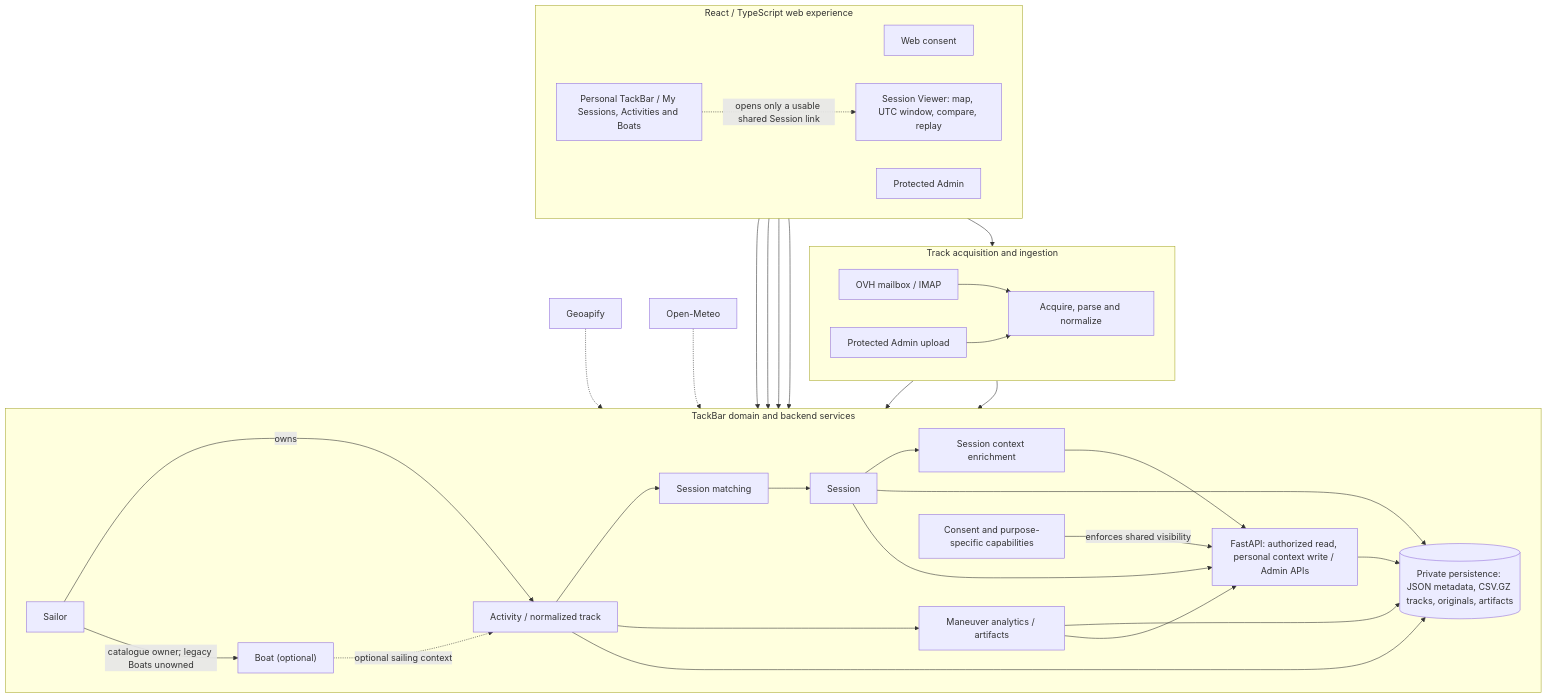
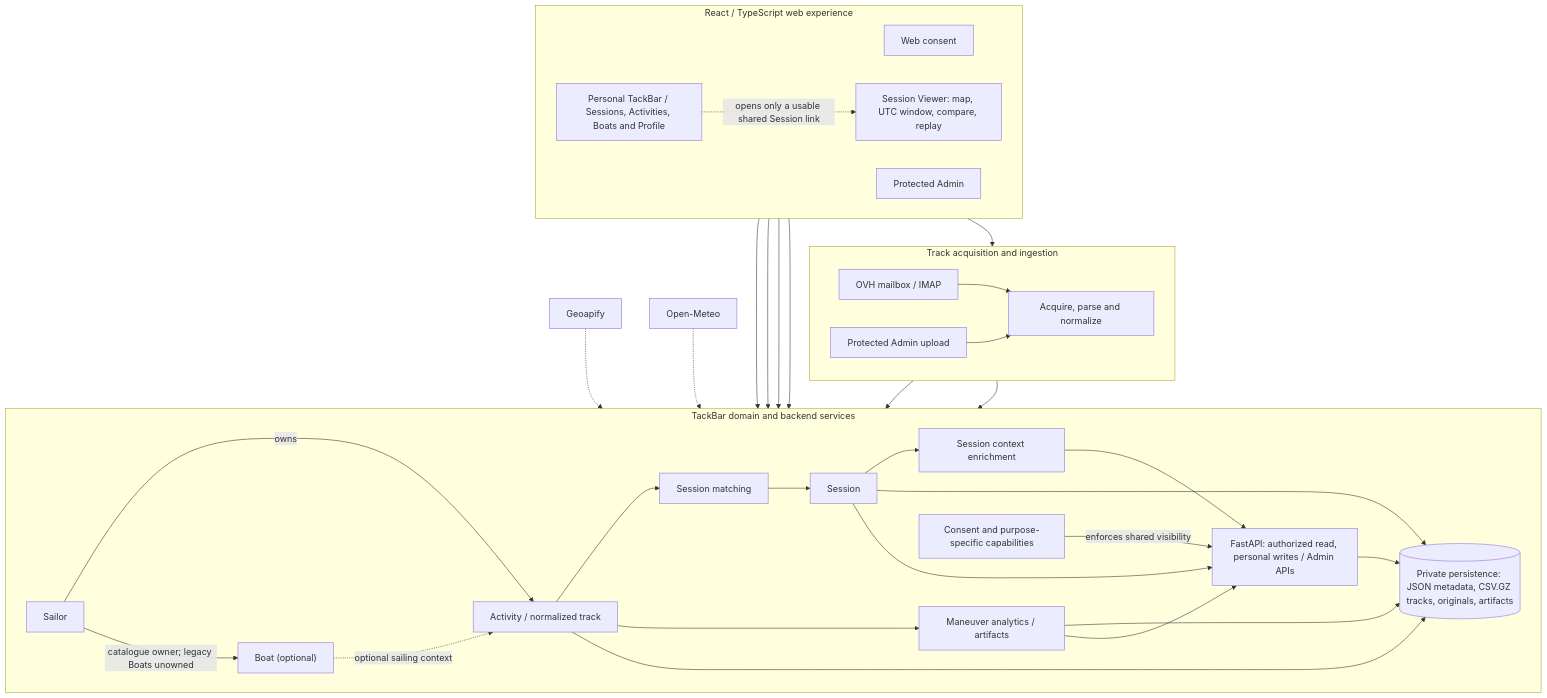
One commit to maxsail-project/tackbar changed the diagram in docs/current/solution-overview.md. Above: the diagram before and after it, drawn with Mermaid. The commit also changed other lines of this file and 7 other files, not shown here.

````diff
--- a/docs/current/solution-overview.md
+++ b/docs/current/solution-overview.md
@@ -18,60 +18,60 @@
 ```mermaid
 flowchart TB
   subgraph ACQUISITION["Track acquisition and ingestion"]
     direction LR
     OVH["OVH mailbox / IMAP"]
     UPLOAD["Protected Admin upload"]
     PIPE["Acquire, parse and normalize"]
     OVH --> PIPE
     UPLOAD --> PIPE
   end
 
   subgraph CORE["TackBar domain and backend services"]
     direction LR
     SAILOR["Sailor"]
     BOAT["Boat (optional)"]
     ACT["Activity / normalized track"]
     MATCH["Session matching"]
     SES["Session"]
     ANALYTICS["Maneuver analytics / artifacts"]
     CONTEXT["Session context enrichment"]
     ACCESS["Consent and purpose-specific capabilities"]
-    API["FastAPI: authorized read, personal context write / Admin APIs"]
+    API["FastAPI: authorized read, personal writes / Admin APIs"]
     STORE[("Private persistence: JSON metadata, CSV.GZ tracks, originals, artifacts")]
 
     SAILOR -->|"owns"| ACT
     SAILOR -->|"catalogue owner; legacy Boats unowned"| BOAT
     BOAT -.->|"optional sailing context"| ACT
     ACT --> MATCH --> SES
     ACT --> ANALYTICS
     SES --> CONTEXT
     ACT --> STORE
     SES --> STORE
     ANALYTICS --> STORE
     ACCESS -->|"enforces shared visibility"| API
     SES --> API
     ANALYTICS --> API
     CONTEXT --> API
     API --> STORE
   end
 
   subgraph WEB["React / TypeScript web experience"]
     direction LR
     CONSENT["Web consent"]
-    PERSONAL["Personal TackBar / My Sessions, Activities and Boats"]
+    PERSONAL["Personal TackBar / Sessions, Activities, Boats and Profile"]
     VIEWER["Session Viewer: map, UTC window, compare, replay"]
     ADMIN["Protected Admin"]
   end
 
   PIPE --> ACT
   PIPE --> STORE
   CONSENT --> ACCESS
   PERSONAL --> API
   VIEWER --> API
   ADMIN --> API
   ADMIN --> UPLOAD
   PERSONAL -.->|"opens only a usable shared Session link"| VIEWER
 
   GEO["Geoapify"] -.-> CONTEXT
   METEO["Open-Meteo"] -.-> CONTEXT
 ```
````
